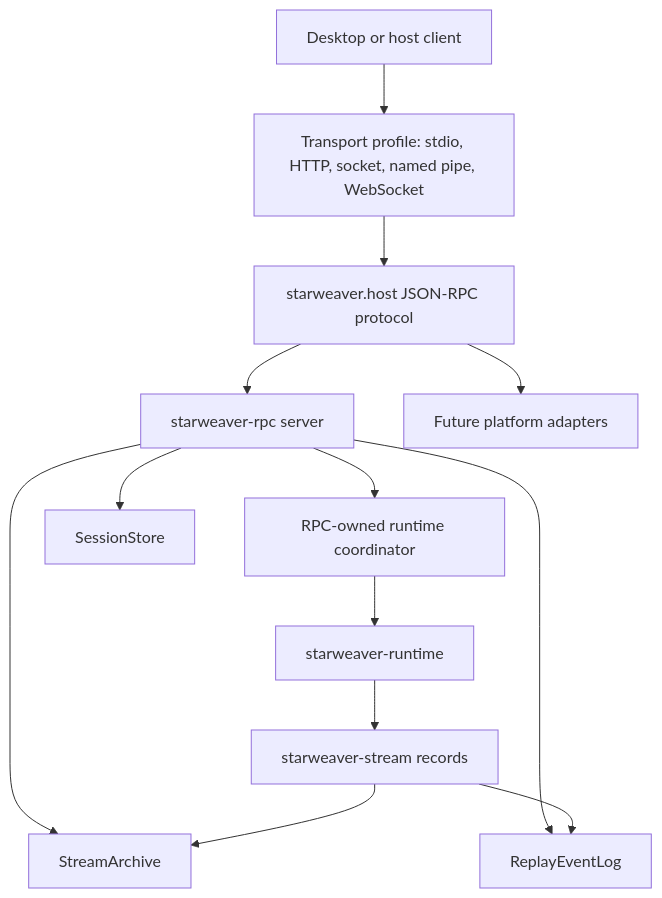
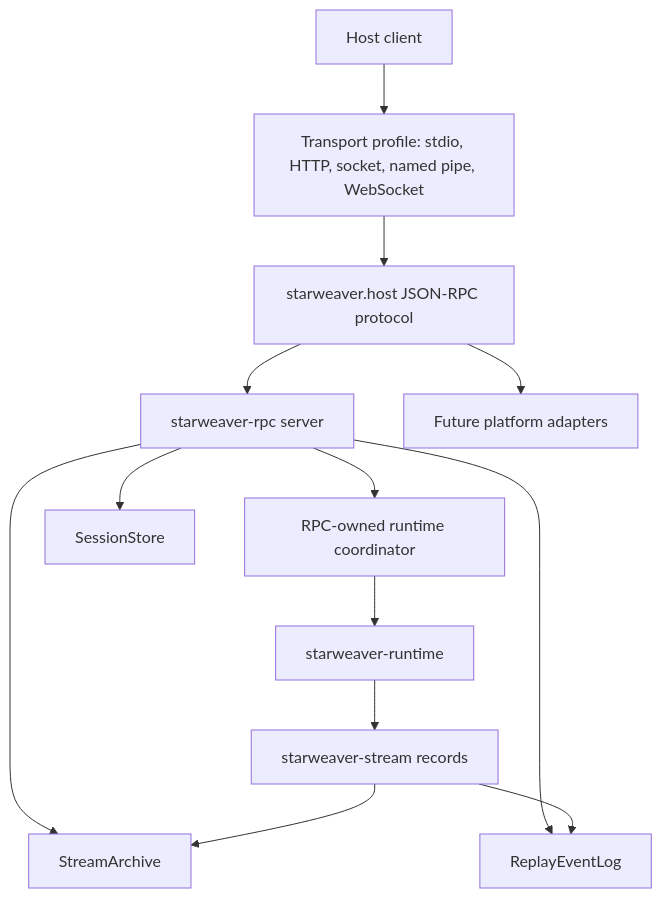
The first of 5 diagrams in spec/ops/rfcs/host-protocol-future.md (Wh1isper/starweaver), drawn with Mermaid before and after one commit. The commit also changed other lines of this file and 106 other files, not shown here.

````diff
--- a/spec/ops/rfcs/host-protocol-future.md
+++ b/spec/ops/rfcs/host-protocol-future.md
@@ -33,27 +33,27 @@
 ```mermaid
 flowchart TD
-    host[Desktop or host client]
+    host[Host client]
     transport[Transport profile: stdio, HTTP, socket, named pipe, WebSocket]
     rpc[starweaver.host JSON-RPC protocol]
     rpc_server[starweaver-rpc server]
     coordinator[RPC-owned runtime coordinator]
     session[SessionStore]
     archive[StreamArchive]
     eventlog[ReplayEventLog]
     runtime[starweaver-runtime]
     stream[starweaver-stream records]
     platform[Future platform adapters]
 
     host --> transport
     transport --> rpc
     rpc --> rpc_server
     rpc_server --> coordinator
     rpc_server --> session
     rpc_server --> archive
     rpc_server --> eventlog
     coordinator --> runtime
     runtime --> stream
     stream --> archive
     stream --> eventlog
     rpc --> platform
 ```
````
